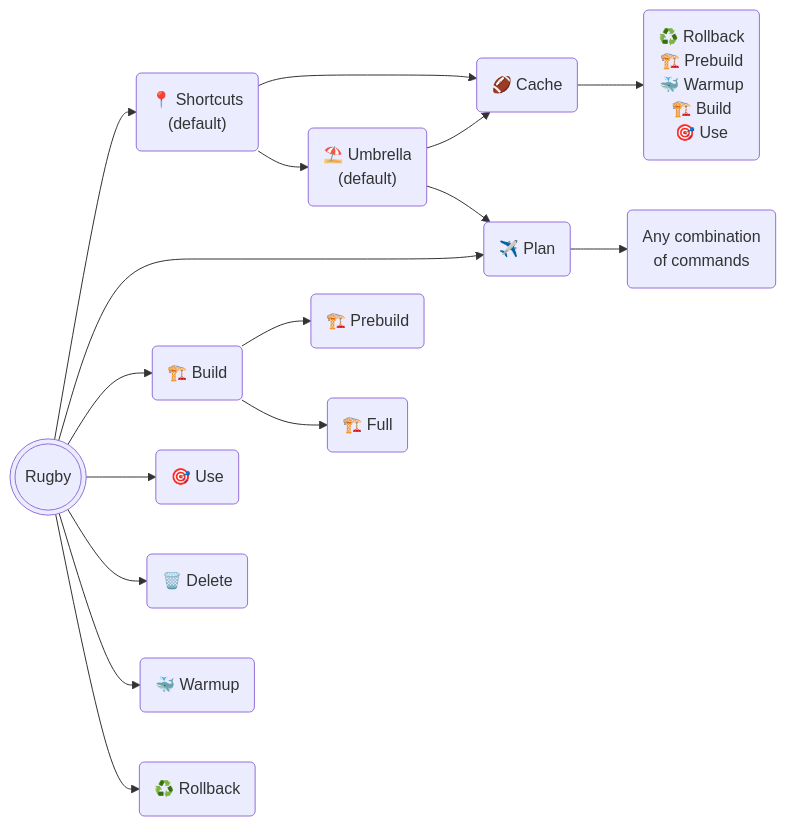
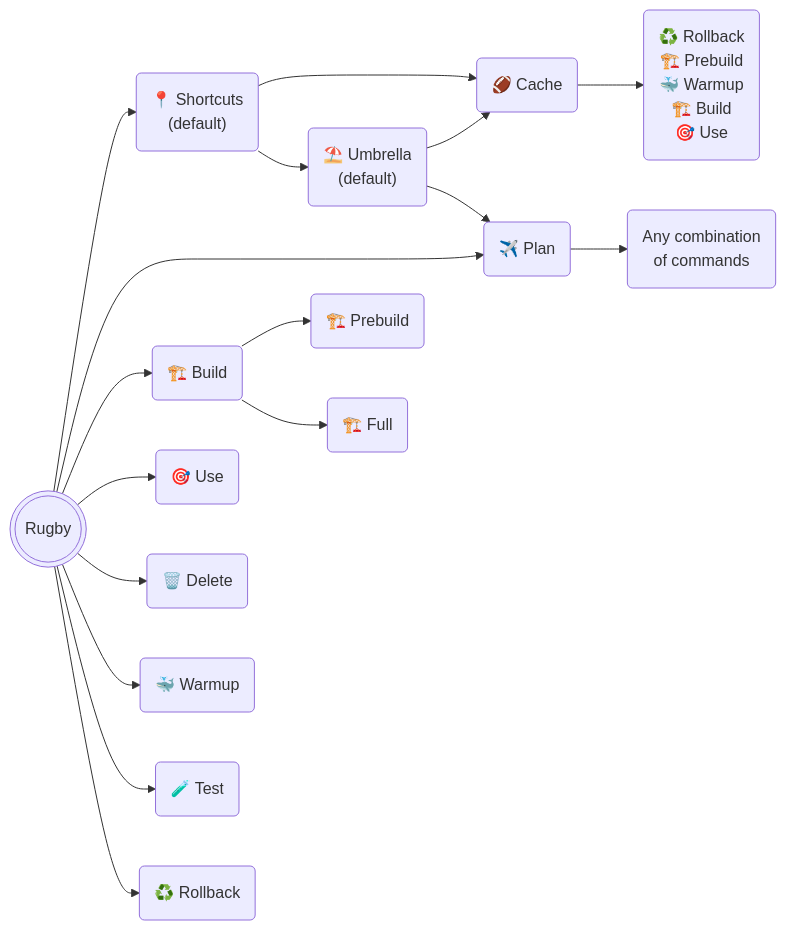
Before and after one commit to swiftyfinch/Rugby: the second of 4 diagrams in Docs/commands-help/README.md, drawn with Mermaid. The commit also changed other lines of this file, not shown here.

````diff
--- a/Docs/commands-help/README.md
+++ b/Docs/commands-help/README.md
@@ -83,34 +91,35 @@
 ```mermaid
 flowchart LR
     A((("Rugby")))
     A --> B("
    📍 Shortcuts
    (default)
    ")
     B --> BA("🏈 Cache")
     BA --> BAA("
     ♻️ Rollback
     🏗️ Prebuild
     🐳 Warmup
     🏗️ Build
     🎯 Use
     ")
     B --> BB("
     ⛱️ Umbrella
     (default)
     ")
     BB --> BA
     BB --> D
     A --> D("✈️ Plan")
     D --> DA("
     Any combination
     of commands
     ")
     A --> F("🏗️ Build") --> FA("🏗️ Prebuild")
     F("🏗️ Build") --> FB("🏗️ Full")
     A --> G("🎯 Use")
     A --> H("🗑️ Delete")
     A --> E("🐳 Warmup")
-    A --> J("♻️ Rollback")
+    A --> J("🧪 Test")
+    A --> K("♻️ Rollback")
     click B "https://github.com/swiftyfinch/Rugby/blob/main/Docs/commands-help/shortcuts.md" _blank
 ```
````
